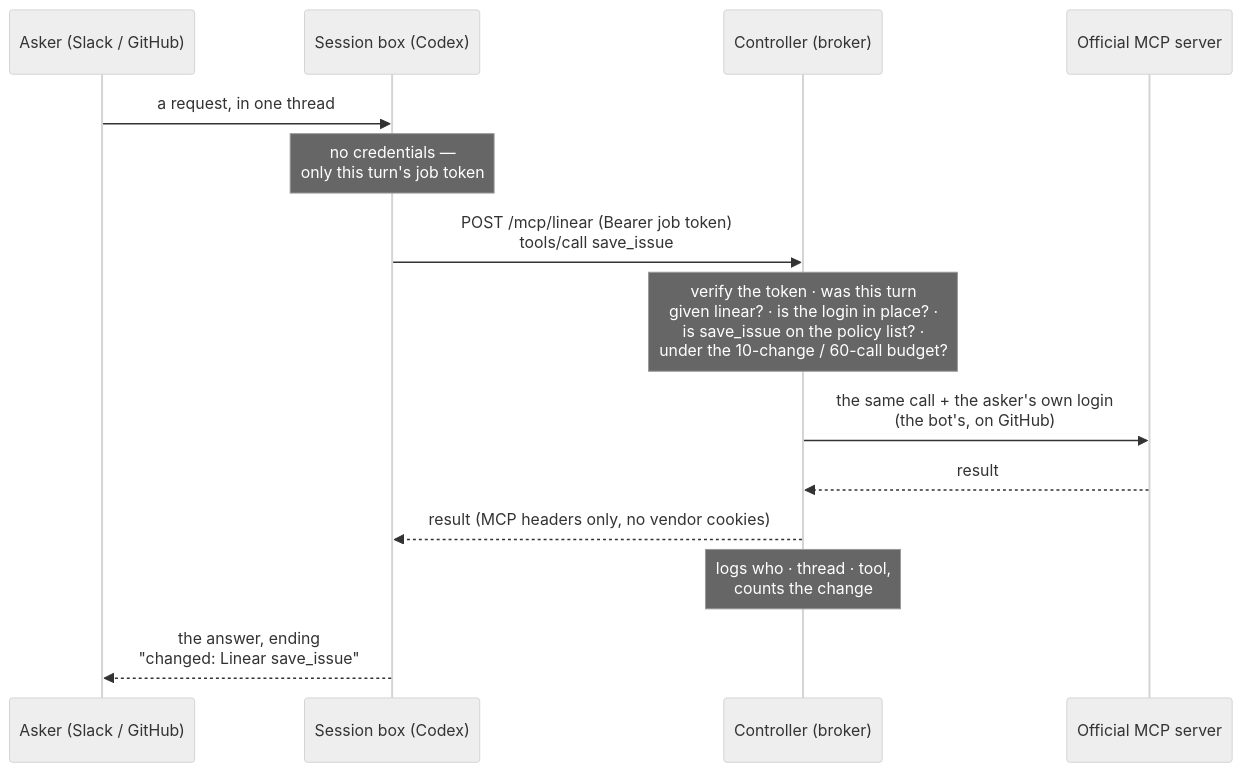
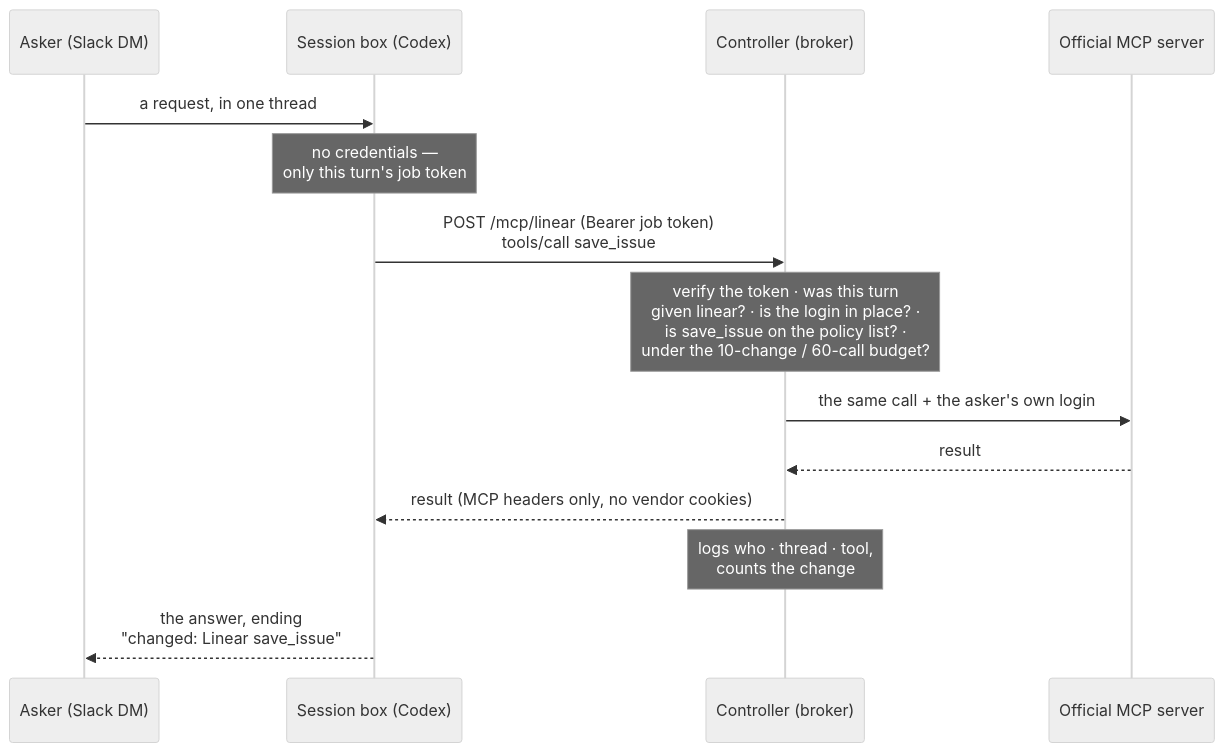
The diagram in README.md (boxlite-ai/boxlite-github-agent), drawn with Mermaid (neutral theme) before and after one commit. The commit also changed other lines of this file and 10 other files, not shown here.

First line of the commit message:
refactor: drop the shared global tool login; tools are per-person, Slack-DM-only

````diff
--- a/README.md
+++ b/README.md
@@ -209,16 +208,16 @@
 ```mermaid
 sequenceDiagram
-    participant A as Asker (Slack / GitHub)
+    participant A as Asker (Slack DM)
     participant B as Session box (Codex)
     participant C as Controller (broker)
     participant S as Official MCP server
     A->>B: a request, in one thread
     Note over B: no credentials —<br/>only this turn's job token
     B->>C: POST /mcp/linear (Bearer job token)<br/>tools/call save_issue
     Note over C: verify the token · was this turn<br/>given linear? · is the login in place? ·<br/>is save_issue on the policy list? ·<br/>under the 10-change / 60-call budget?
-    C->>S: the same call + the asker's own login<br/>(the bot's, on GitHub)
+    C->>S: the same call + the asker's own login
     S-->>C: result
     C-->>B: result (MCP headers only, no vendor cookies)
     Note over C: logs who · thread · tool,<br/>counts the change
     B-->>A: the answer, ending<br/>"changed: Linear save_issue"
 ```
````
